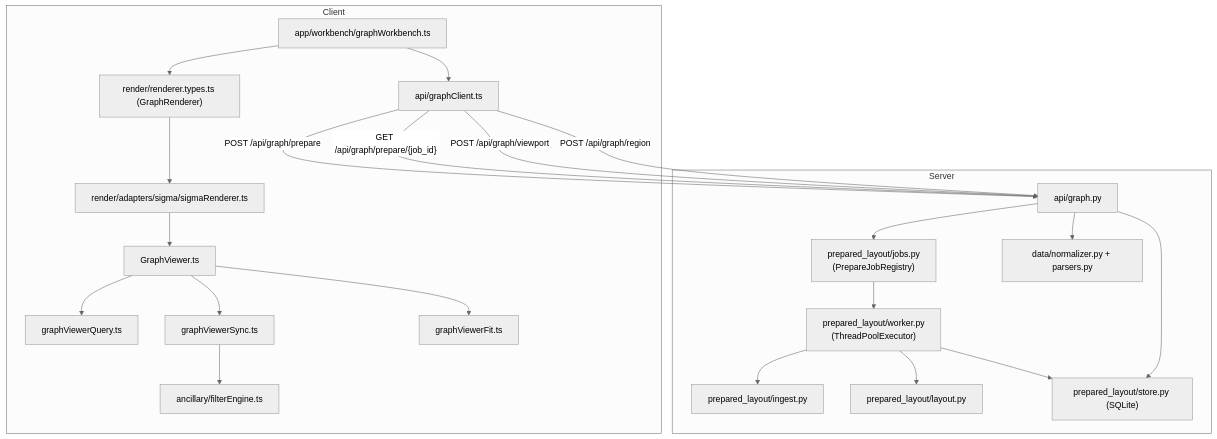
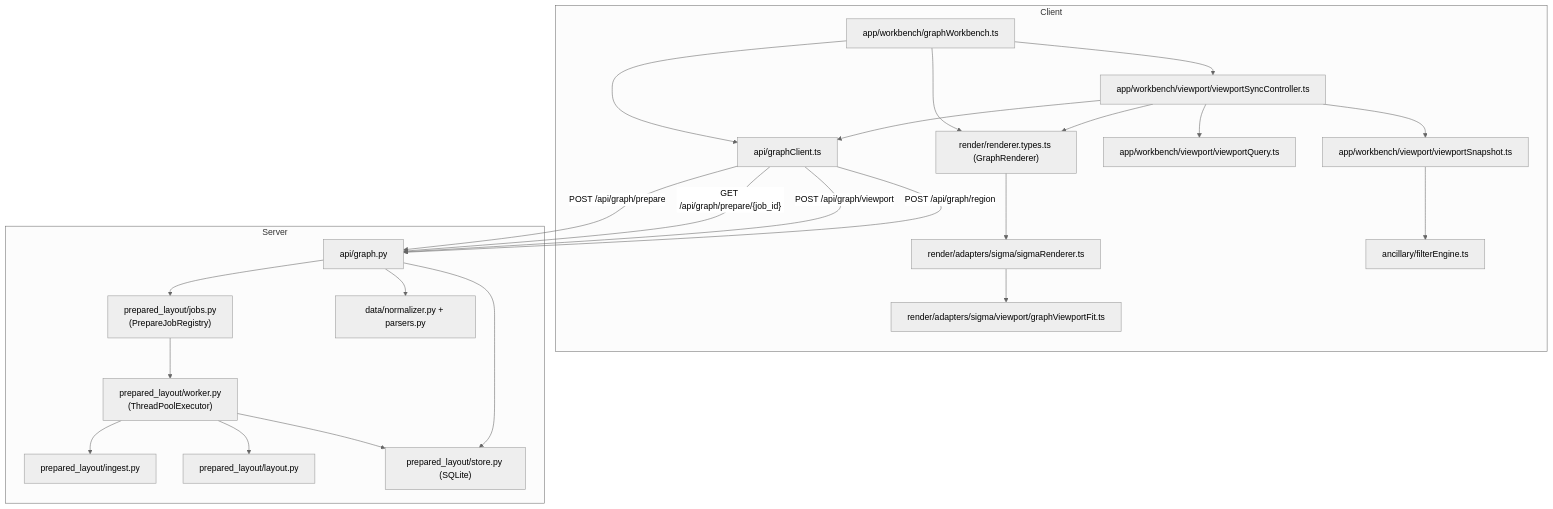
One commit to phyloviz/phylo-lens changed the first of 2 diagrams in docs/ARCHITECTURE_SPEC.md. Above: the diagram before and after it, drawn with Mermaid (neutral theme). The commit also changed other lines of this file and 43 other files, not shown here.

Commit message:
refactor(client): decouple viewport sync from renderer

````diff
--- a/docs/ARCHITECTURE_SPEC.md
+++ b/docs/ARCHITECTURE_SPEC.md
@@ -181,46 +183,48 @@
 ```mermaid
 flowchart TD
   subgraph Client
     WB["app/workbench/graphWorkbench.ts"]
     APIC["api/graphClient.ts"]
     RPORT["render/renderer.types.ts (GraphRenderer)"]
     SR["render/adapters/sigma/sigmaRenderer.ts"]
-    GVW["GraphViewer.ts"]
-    QRY["graphViewerQuery.ts"]
-    SYNC["graphViewerSync.ts"]
-    FIT["graphViewerFit.ts"]
+    VS["app/workbench/viewport/viewportSyncController.ts"]
+    QRY["app/workbench/viewport/viewportQuery.ts"]
+    SNAP["app/workbench/viewport/viewportSnapshot.ts"]
+    FIT["render/adapters/sigma/viewport/graphViewportFit.ts"]
     FILT["ancillary/filterEngine.ts"]
 
     WB --> APIC
     WB --> RPORT
+    WB --> VS
+    VS --> APIC
+    VS --> RPORT
+    VS --> QRY
+    VS --> SNAP
+    SNAP --> FILT
     RPORT --> SR
-    SR --> GVW
-    GVW --> QRY
-    GVW --> SYNC
-    GVW --> FIT
-    SYNC --> FILT
+    SR --> FIT
   end
 
   subgraph Server
     SRV["api/graph.py"]
     WORK["prepared_layout/worker.py<br/>(ThreadPoolExecutor)"]
     JOBS["prepared_layout/jobs.py<br/>(PrepareJobRegistry)"]
     ING["prepared_layout/ingest.py"]
     LAY["prepared_layout/layout.py"]
     STORE["prepared_layout/store.py (SQLite)"]
     DATA["data/normalizer.py + parsers.py"]
 
     SRV --> DATA
     SRV --> JOBS
     JOBS --> WORK
     WORK --> ING
     WORK --> LAY
     WORK --> STORE
     SRV --> STORE
   end
 
   APIC -->|"POST /api/graph/prepare"| SRV
   APIC -->|"GET /api/graph/prepare/{job_id}"| SRV
   APIC -->|"POST /api/graph/viewport"| SRV
   APIC -->|"POST /api/graph/region"| SRV
 ```
````
